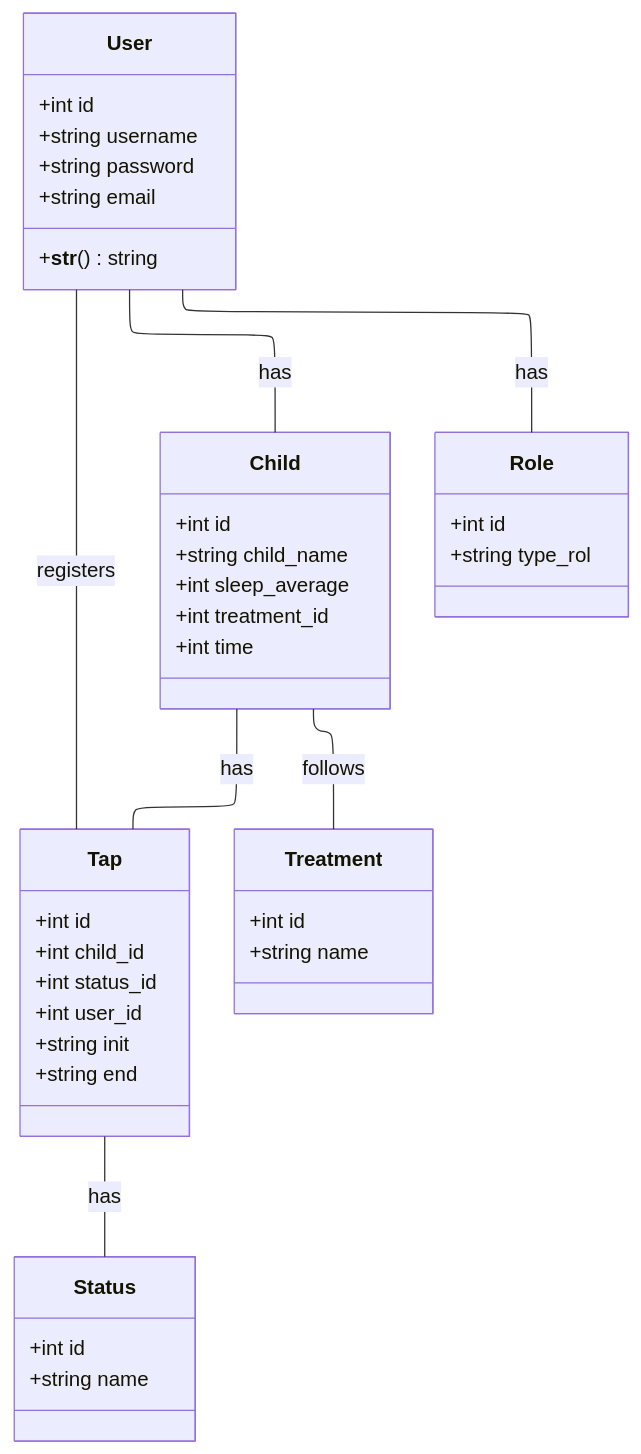
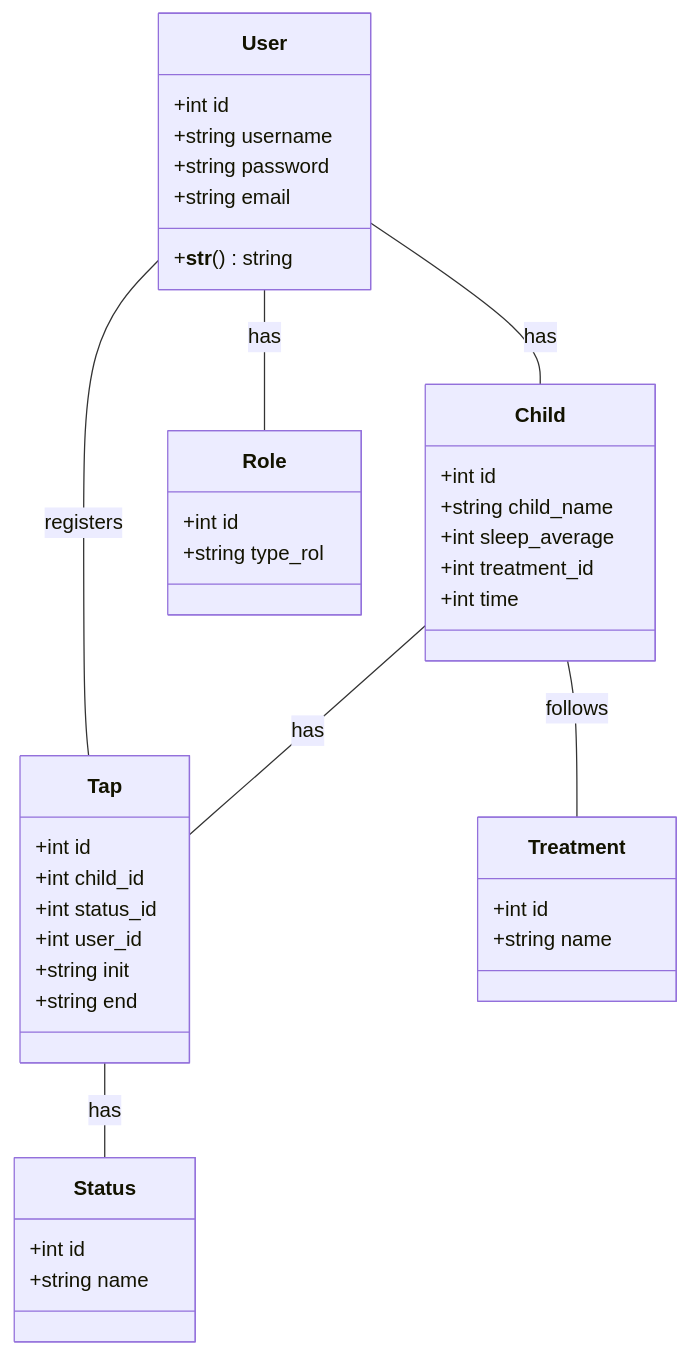
Before and after one commit to lauragrr1/tapatapp: the diagram in Prototip2/dadesPro2.mmd, drawn with Mermaid.

```diff
--- a/Prototip2/dadesPro2.mmd
+++ b/Prototip2/dadesPro2.mmd
@@ -1,46 +1,41 @@
----
-config:
-  theme: default
-  layout: elk
----
 classDiagram
     class User {
         +int id
         +string username
         +string password
         +string email
         +__str__() string
     }
     class Child {
         +int id
         +string child_name
         +int sleep_average
         +int treatment_id
         +int time
     }
     class Tap {
         +int id
         +int child_id
         +int status_id
         +int user_id
         +string init
         +string end
     }
     class Status {
         +int id
         +string name
     }
     class Role {
         +int id
         +string type_rol
     }
     class Treatment {
         +int id
         +string name
     }
     User -- Child : has
     User -- Tap : registers
     Child -- Tap : has
     Tap -- Status : has
     Child -- Treatment : follows
     User -- Role : has
```
